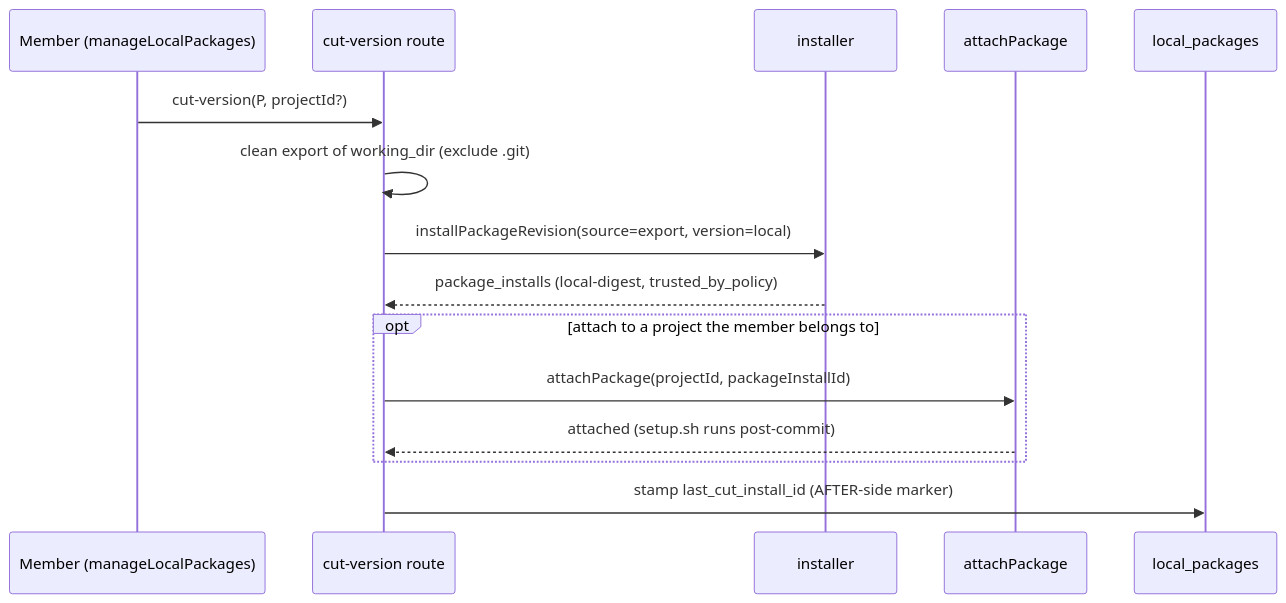
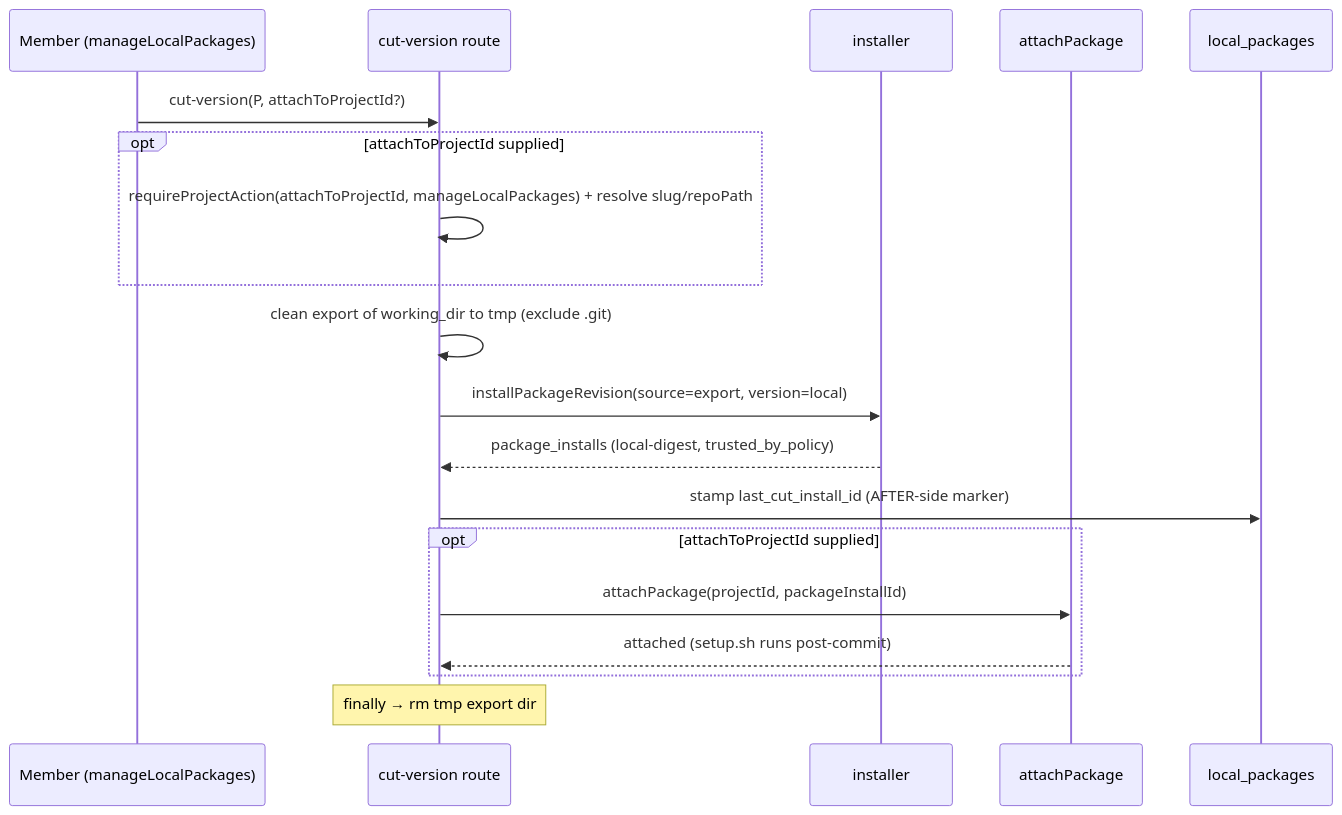
One commit to maister-dev/maister changed the fifth of 5 diagrams in docs/system-analytics/local-packages.md. Above: the diagram before and after it, drawn with Mermaid. The commit also changed other lines of this file and 8 other files, not shown here.

````diff
--- a/docs/system-analytics/local-packages.md
+++ b/docs/system-analytics/local-packages.md
@@ -121,17 +161,21 @@
 ```mermaid
 sequenceDiagram
     participant U as Member (manageLocalPackages)
     participant C as cut-version route
     participant I as installer
     participant A as attachPackage
     participant DB as local_packages
-    U->>C: cut-version(P, projectId?)
-    C->>C: clean export of working_dir (exclude .git)
+    U->>C: cut-version(P, attachToProjectId?)
+    opt attachToProjectId supplied
+        C->>C: requireProjectAction(attachToProjectId, manageLocalPackages) + resolve slug/repoPath
+    end
+    C->>C: clean export of working_dir to tmp (exclude .git)
     C->>I: installPackageRevision(source=export, version=local)
     I-->>C: package_installs (local-digest, trusted_by_policy)
-    opt attach to a project the member belongs to
+    C->>DB: stamp last_cut_install_id (AFTER-side marker)
+    opt attachToProjectId supplied
         C->>A: attachPackage(projectId, packageInstallId)
         A-->>C: attached (setup.sh runs post-commit)
     end
-    C->>DB: stamp last_cut_install_id (AFTER-side marker)
+    Note over C: finally → rm tmp export dir
 ```
````
